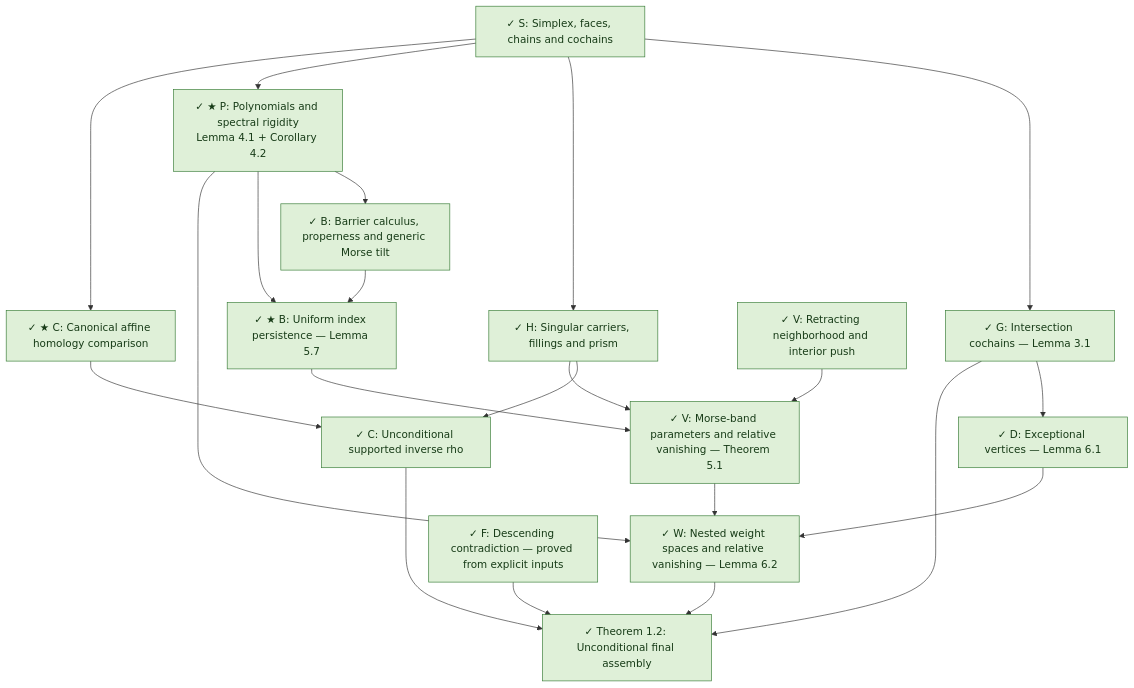
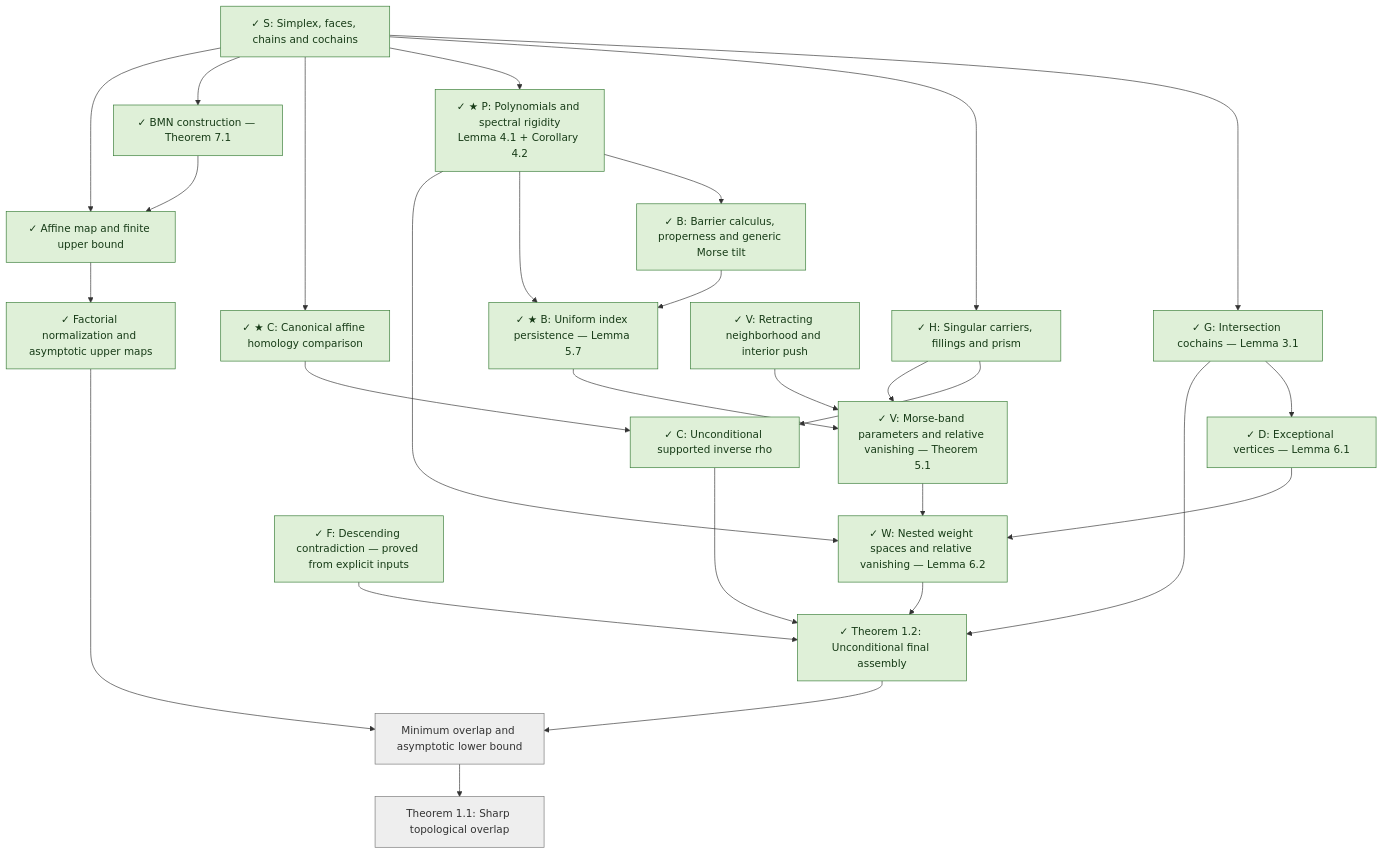
One commit to snorin239/SharpTopologicalOverlap changed the diagram in docs/blueprint.md. Above: the diagram before and after it, drawn with Mermaid. The commit also changed other lines of this file and 20 other files, not shown here.

Commit message:
Formalize Theorem 7.1 BMN upper bound and normalization

````diff
--- a/docs/blueprint.md
+++ b/docs/blueprint.md
@@ -51,41 +56,53 @@
 ```mermaid
 flowchart TD
   S["✓ S: Simplex, faces, chains and cochains"]:::done
   G["✓ G: Intersection cochains — Lemma 3.1"]:::done
   H["✓ H: Singular carriers, fillings and prism"]:::done
   P["✓ ★ P: Polynomials and spectral rigidity<br/>Lemma 4.1 + Corollary 4.2"]:::done
   D["✓ D: Exceptional vertices — Lemma 6.1"]:::done
   C0["✓ ★ C: Canonical affine homology comparison"]:::done
   C1["✓ C: Unconditional supported inverse rho"]:::done
   B0["✓ B: Barrier calculus, properness and generic Morse tilt"]:::done
   B1["✓ ★ B: Uniform index persistence — Lemma 5.7"]:::done
   V0["✓ V: Retracting neighborhood and interior push"]:::done
   V1["✓ V: Morse-band parameters and relative vanishing — Theorem 5.1"]:::done
   W["✓ W: Nested weight spaces and relative vanishing — Lemma 6.2"]:::done
   F["✓ F: Descending contradiction — proved from explicit inputs"]:::done
   T["✓ Theorem 1.2: Unconditional final assembly"]:::done
+  U["✓ BMN construction — Theorem 7.1"]:::done
+  A["✓ Affine map and finite upper bound"]:::done
+  N0["✓ Factorial normalization and asymptotic upper maps"]:::done
+  N["Minimum overlap and asymptotic lower bound"]:::pending
+  T1["Theorem 1.1: Sharp topological overlap"]:::pending
   S --> G
   S --> H
   S --> P
   S --> C0
   G --> D
   C0 --> C1
   H --> C1
   P --> B0
   B0 --> B1
   P --> B1
   B1 --> V1
   V0 --> V1
   H --> V1
   D --> W
   P --> W
   V1 --> W
   C1 --> T
   W --> T
   F --> T
   G --> T
+  S --> U
+  S --> A
+  U --> A
+  A --> N0
+  N0 --> N
+  T --> N
+  N --> T1
   classDef done fill:#dff0d8,stroke:#367b35,color:#173b17
   classDef working fill:#fff2cc,stroke:#ad8700,color:#4b3900
   classDef hard fill:#f8d7da,stroke:#b02a37,color:#641820
   classDef pending fill:#eeeeee,stroke:#777777,color:#333333
 ```
````
